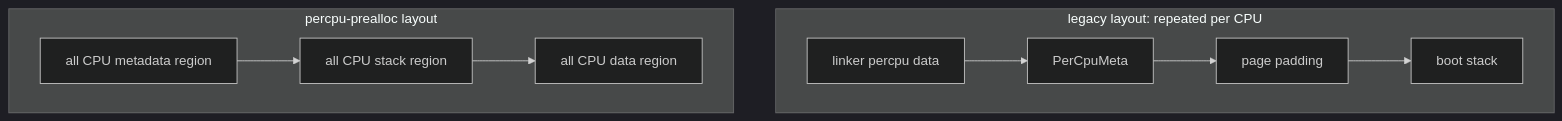
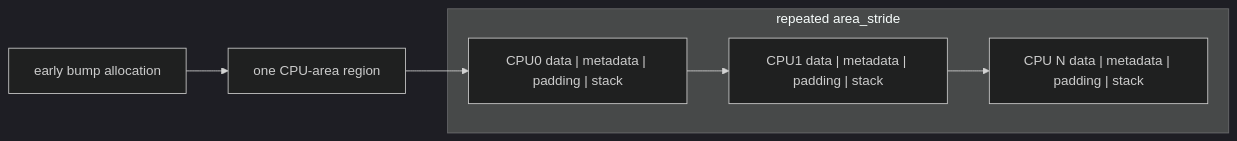
Before and after one commit to rcore-os/tgoskits: the second of 3 diagrams in docs/docs/architecture/memory/boot-memory.md, drawn with Mermaid (dark theme). The commit also changed other lines of this file and 9 other files, not shown here.

````diff
--- a/docs/docs/architecture/memory/boot-memory.md
+++ b/docs/docs/architecture/memory/boot-memory.md
@@ -127,9 +127,10 @@
 ```mermaid
-flowchart TB
-    subgraph Legacy["legacy layout: repeated per CPU"]
-        LData["linker percpu data"] --> LMeta["PerCpuMeta"] --> LPad["page padding"] --> LStack["boot stack"]
+flowchart LR
+    Bump["early bump allocation"] --> Region["one CPU-area region"]
+    subgraph RegionLayout["repeated area_stride"]
+        C0["CPU0 data | metadata | padding | stack"]
+        C1["CPU1 data | metadata | padding | stack"]
+        CN["CPU N data | metadata | padding | stack"]
     end
-    subgraph Prealloc["percpu-prealloc layout"]
-        PMeta["all CPU metadata region"] --> PStack["all CPU stack region"] --> PData["all CPU data region"]
-    end
+    Region --> C0 --> C1 --> CN
 ```
````
